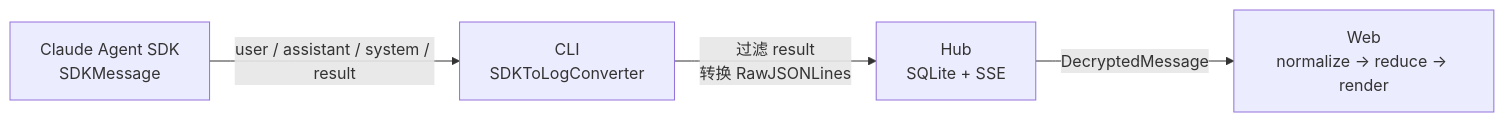
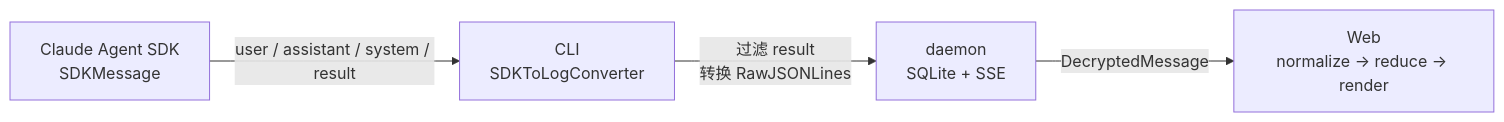
The first of 4 diagrams in docs/architecture/message-lifecycle.md (ModuBit/mobi), drawn with Mermaid before and after one commit. The commit also changed other lines of this file and 86 other files, not shown here.

````diff
--- a/docs/architecture/message-lifecycle.md
+++ b/docs/architecture/message-lifecycle.md
@@ -7,11 +7,11 @@
 ```mermaid
 flowchart LR
     SDK["Claude Agent SDK<br/>SDKMessage"]
     CLI["CLI<br/>SDKToLogConverter"]
-    HUB["Hub<br/>SQLite + SSE"]
+    DAEMON["daemon<br/>SQLite + SSE"]
     WEB["Web<br/>normalize → reduce → render"]
 
     SDK -->|"user / assistant / system / result"| CLI
-    CLI -->|"过滤 result<br/>转换 RawJSONLines"| HUB
-    HUB -->|"DecryptedMessage"| WEB
+    CLI -->|"过滤 result<br/>转换 RawJSONLines"| DAEMON
+    DAEMON -->|"DecryptedMessage"| WEB
 ```
````
